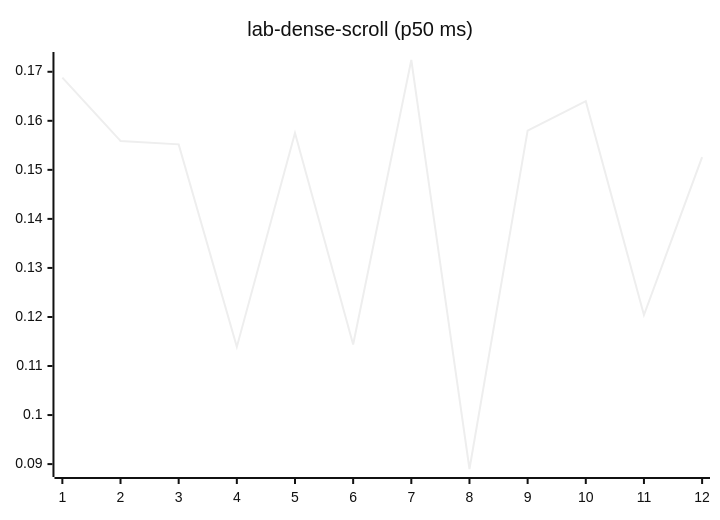
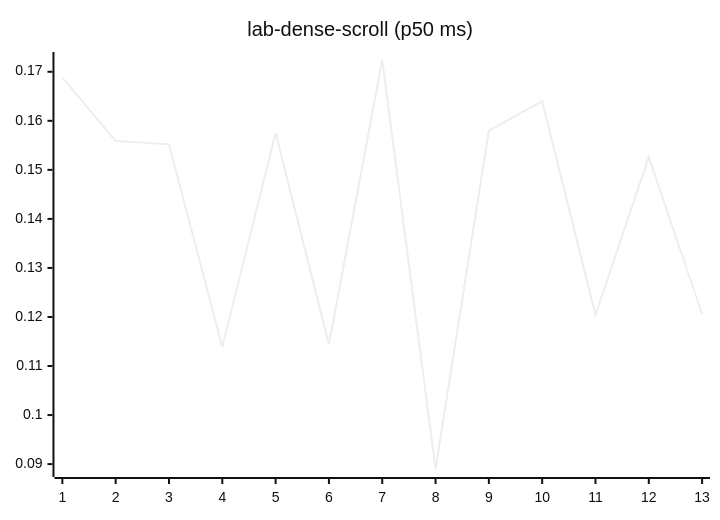
One commit to josha/Facet changed diagram 12 of 27 in README.md. Above: the diagram before and after it, drawn with Mermaid (neutral theme). The commit also changed other lines of this file and 2 other files, not shown here.

````diff
--- a/README.md
+++ b/README.md
@@ -140,6 +140,6 @@
 ```mermaid
 xychart-beta
     title "lab-dense-scroll (p50 ms)"
-    x-axis 1 --> 12
-    line [0.1688, 0.1559, 0.1552, 0.1139, 0.1575, 0.1144, 0.1724, 0.0890, 0.1580, 0.1640, 0.1204, 0.1526]
+    x-axis 1 --> 13
+    line [0.1688, 0.1559, 0.1552, 0.1139, 0.1575, 0.1144, 0.1724, 0.0890, 0.1580, 0.1640, 0.1204, 0.1526, 0.1206]
 ```
````
